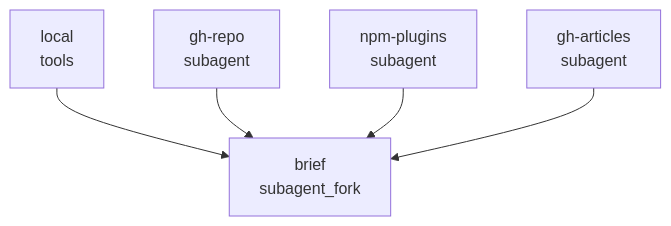
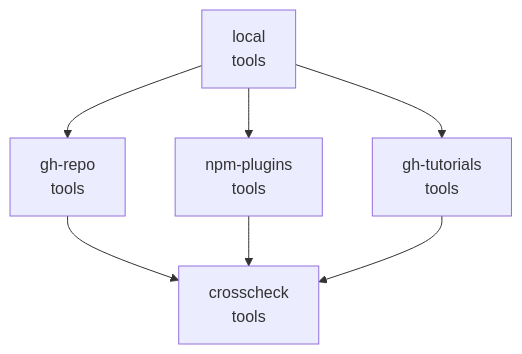
Before and after one commit to zyn19940107/dsh-conductor: the diagram in README.md, drawn with Mermaid. The commit also changed other lines of this file and 24 other files, not shown here.

First line of the commit message:
截图与示例按新规则重拍:轨迹页、编队页、真实计划

````diff
--- a/README.md
+++ b/README.md
@@ -172,12 +172,14 @@
 ```mermaid
 graph TD
   local["local<br/>tools"]
-  gh_repo["gh-repo<br/>subagent"]
-  npm_plugins["npm-plugins<br/>subagent"]
-  gh_articles["gh-articles<br/>subagent"]
-  brief["brief<br/>subagent_fork"]
-  local --> brief
-  gh_repo --> brief
-  npm_plugins --> brief
-  gh_articles --> brief
+  gh_repo["gh-repo<br/>tools"]
+  npm_pkgs["npm-plugins<br/>tools"]
+  gh_tutorials["gh-tutorials<br/>tools"]
+  crosscheck["crosscheck<br/>tools"]
+  local --> gh_repo
+  local --> npm_pkgs
+  local --> gh_tutorials
+  gh_repo --> crosscheck
+  npm_pkgs --> crosscheck
+  gh_tutorials --> crosscheck
 ```
````
